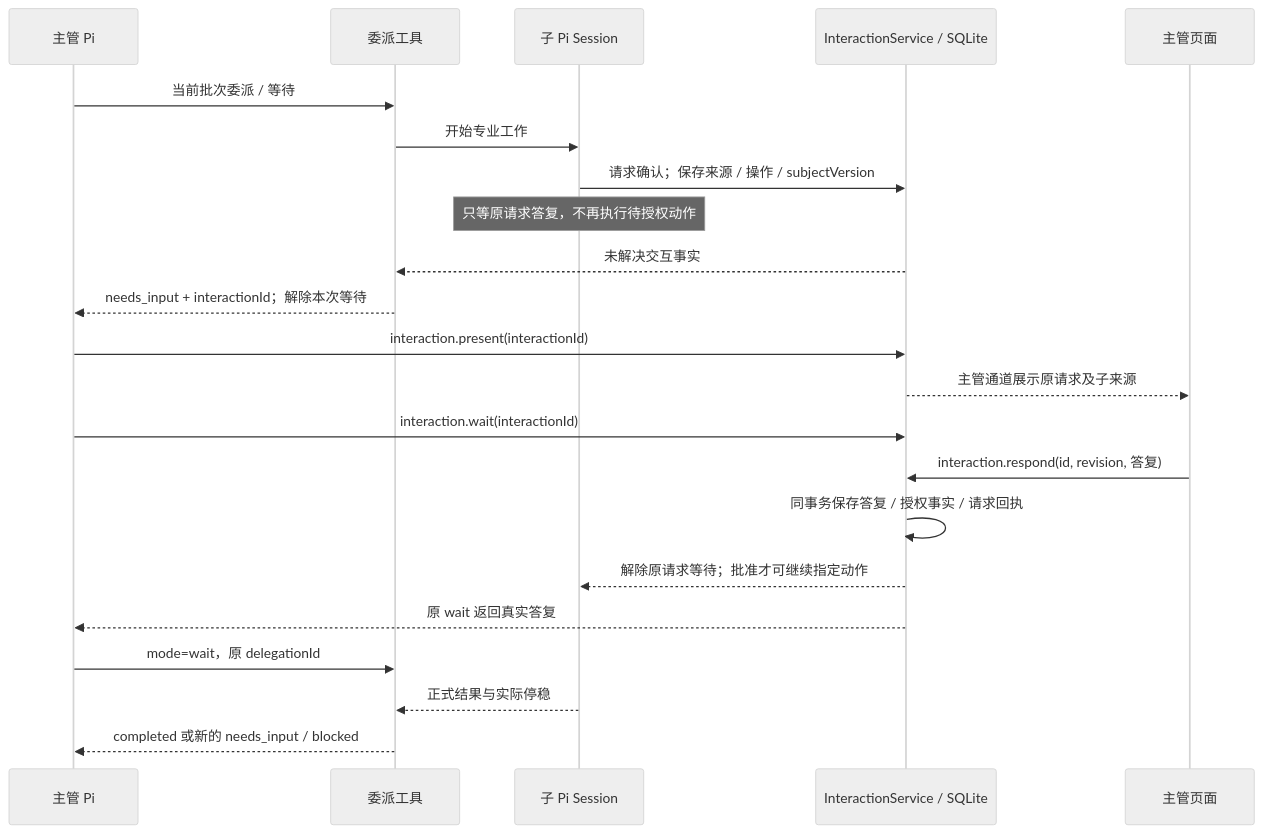
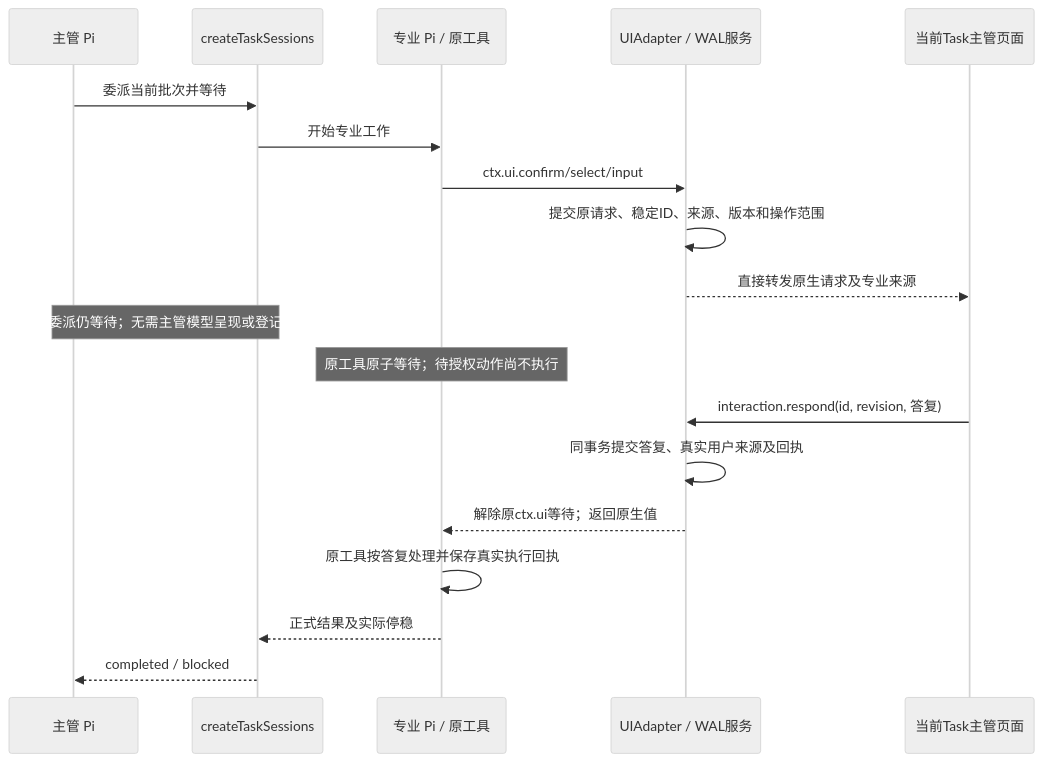
The third of 3 diagrams in docs/technicalnew/messaging-and-collaboration.md (mojiaicrypto-ops/Kaiming), drawn with Mermaid (neutral theme) before and after one commit. The commit also changed other lines of this file and 27 other files, not shown here.

````diff
--- a/docs/technicalnew/messaging-and-collaboration.md
+++ b/docs/technicalnew/messaging-and-collaboration.md
@@ -153,24 +156,21 @@
 ```mermaid
 sequenceDiagram
   participant C as 主管 Pi
-  participant W as 委派工具
-  participant S as 子 Pi Session
-  participant I as InteractionService / SQLite
-  participant UI as 主管页面
-  C->>W: 当前批次委派 / 等待
+  participant W as createTaskSessions
+  participant S as 专业 Pi / 原工具
+  participant I as UIAdapter / WAL服务
+  participant UI as 当前Task主管页面
+  C->>W: 委派当前批次并等待
   W->>S: 开始专业工作
-  S->>I: 请求确认；保存来源 / 操作 / subjectVersion
-  Note over S: 只等原请求答复，不再执行待授权动作
-  I-->>W: 未解决交互事实
-  W-->>C: needs_input + interactionId；解除本次等待
-  C->>I: interaction.present(interactionId)
-  I-->>UI: 主管通道展示原请求及子来源
-  C->>I: interaction.wait(interactionId)
+  S->>I: ctx.ui.confirm/select/input
+  I->>I: 提交原请求、稳定ID、来源、版本和操作范围
+  I-->>UI: 直接转发原生请求及专业来源
+  Note over C,W: 委派仍等待；无需主管模型呈现或登记
+  Note over S: 原工具原子等待；待授权动作尚不执行
   UI->>I: interaction.respond(id, revision, 答复)
-  I->>I: 同事务保存答复 / 授权事实 / 请求回执
-  I-->>S: 解除原请求等待；批准才可继续指定动作
-  I-->>C: 原 wait 返回真实答复
-  C->>W: mode=wait，原 delegationId
-  S-->>W: 正式结果与实际停稳
-  W-->>C: completed 或新的 needs_input / blocked
+  I->>I: 同事务提交答复、真实用户来源及回执
+  I-->>S: 解除原ctx.ui等待；返回原生值
+  S->>S: 原工具按答复处理并保存真实执行回执
+  S-->>W: 正式结果及实际停稳
+  W-->>C: completed / blocked
 ```
````
